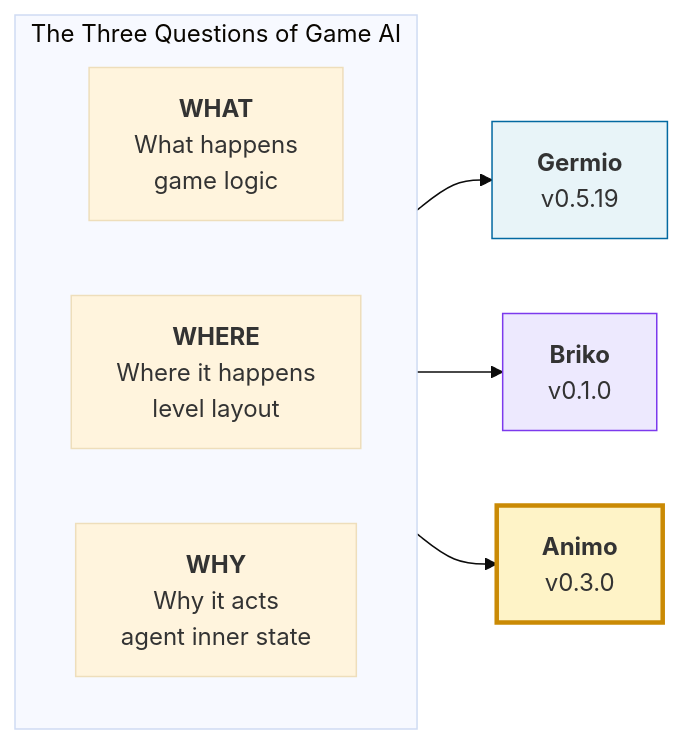
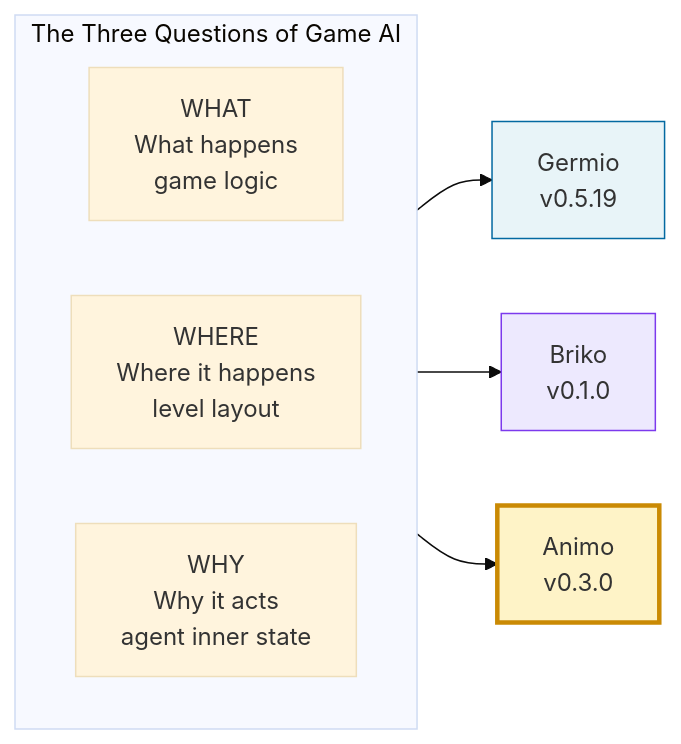
Before and after one commit to hiroxpepe/animo: the first of 12 diagrams in README.md, drawn with Mermaid (base theme). The commit also changed other lines of this file and 11 other files, not shown here.

````diff
--- a/README.md
+++ b/README.md
@@ -28,18 +28,18 @@
 ```mermaid
 flowchart LR
   subgraph Q["The Three Questions of Game AI"]
     direction LR
-    QW["<b>WHAT</b><br/>What happens<br/>game logic"]
-    QH["<b>WHERE</b><br/>Where it happens<br/>level layout"]
-    QY["<b>WHY</b><br/>Why it acts<br/>agent inner state"]
+    QW["WHAT<br/>What happens<br/>game logic"]
+    QH["WHERE<br/>Where it happens<br/>level layout"]
+    QY["WHY<br/>Why it acts<br/>agent inner state"]
   end
-  G["<b>Germio</b><br/>v0.5.19"]
-  B["<b>Briko</b><br/>v0.1.0"]
-  A["<b>Animo</b><br/>v0.3.0"]
+  G["Germio<br/>v0.5.19"]
+  B["Briko<br/>v0.1.0"]
+  A["Animo<br/>v0.3.0"]
   QW --> G
   QH --> B
   QY --> A
   style A fill:#fef3c7,stroke:#ca8a04,stroke-width:3px
   style G fill:#e8f4f8,stroke:#0369a1
   style B fill:#ede9fe,stroke:#7c3aed
 ```
````
